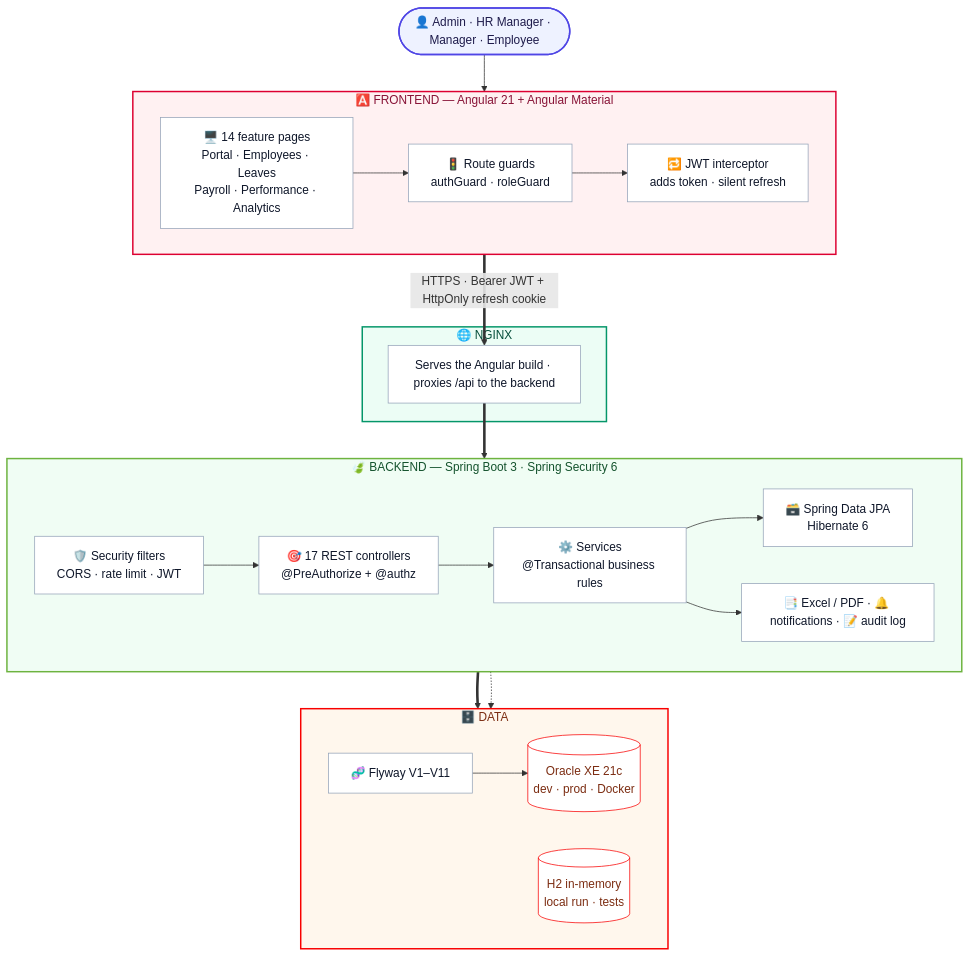
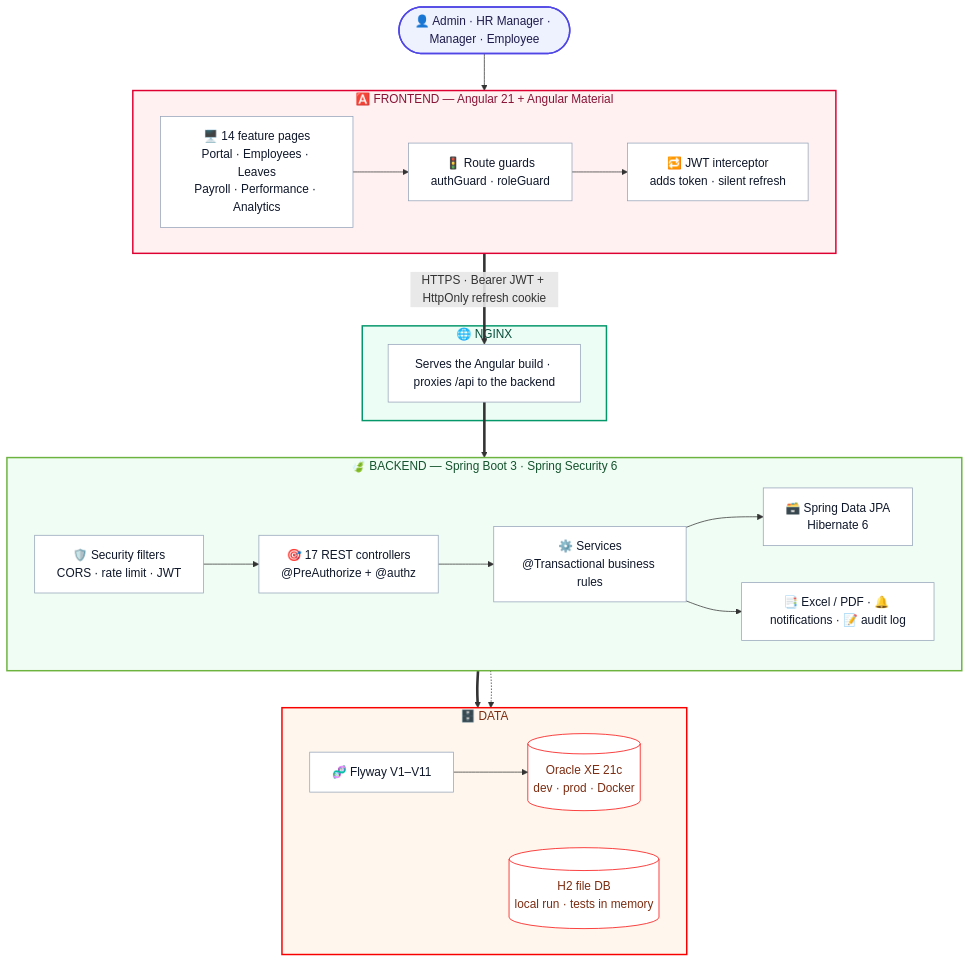
One commit to ayukaushik1357-bit/HRGenius changed the first of 5 diagrams in README.md. Above: the diagram before and after it, drawn with Mermaid. The commit also changed other lines of this file and 5 other files, not shown here.

````diff
--- a/README.md
+++ b/README.md
@@ -36,52 +36,52 @@
 ```mermaid
 flowchart TB
     U(["👤 Admin · HR Manager · Manager · Employee"])
 
     subgraph FE["🅰️  FRONTEND — Angular 21 + Angular Material"]
         direction LR
         UI["🖥️ 14 feature pages<br/>Portal · Employees · Leaves<br/>Payroll · Performance · Analytics"]
         G["🚦 Route guards<br/>authGuard · roleGuard"]
         I["🔁 JWT interceptor<br/>adds token · silent refresh"]
         UI --> G --> I
     end
 
     subgraph EDGE["🌐  NGINX"]
         N["Serves the Angular build · proxies /api to the backend"]
     end
 
     subgraph BE["🍃  BACKEND — Spring Boot 3 · Spring Security 6"]
         direction LR
         SEC["🛡️ Security filters<br/>CORS · rate limit · JWT"]
         C["🎯 17 REST controllers<br/>@PreAuthorize + @authz"]
         S["⚙️ Services<br/>@Transactional business rules"]
         R["🗃️ Spring Data JPA<br/>Hibernate 6"]
         SEC --> C --> S --> R
         S --> X["📑 Excel / PDF · 🔔 notifications · 📝 audit log"]
     end
 
     subgraph DB["🗄️  DATA"]
         direction LR
         F["🧬 Flyway V1–V11"]
         O[("Oracle XE 21c<br/>dev · prod · Docker")]
-        H[("H2 in-memory<br/>local run · tests")]
+        H[("H2 file DB<br/>local run · tests in memory")]
         F --> O
     end
 
     U --> UI
     I == "HTTPS · Bearer JWT + HttpOnly refresh cookie" ==> N
     N ==> SEC
     R ==> O
     R -.-> H
 
     style FE fill:#FFF1F2,stroke:#DD0031,stroke-width:2px,color:#881337
     style EDGE fill:#ECFDF5,stroke:#059669,stroke-width:2px,color:#064E3B
     style BE fill:#F0FDF4,stroke:#6DB33F,stroke-width:2px,color:#14532D
     style DB fill:#FFF7ED,stroke:#F80000,stroke-width:2px,color:#7C2D12
 
     classDef node fill:#FFFFFF,stroke:#94A3B8,color:#0F172A
     classDef user fill:#EEF2FF,stroke:#4F46E5,stroke-width:2px,color:#1E1B4B
     classDef store fill:#FFFFFF,stroke:#F80000,color:#7C2D12
     class UI,G,I,N,SEC,C,S,R,X,F node
     class O,H store
     class U user
 ```
````
